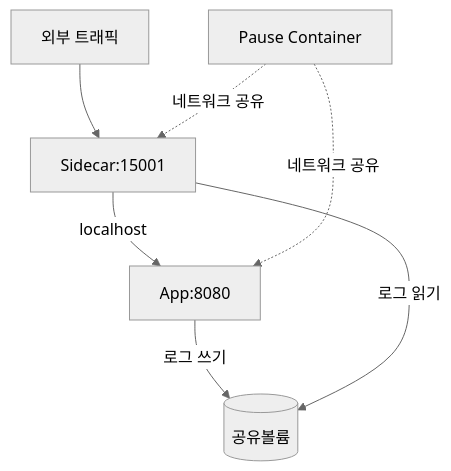
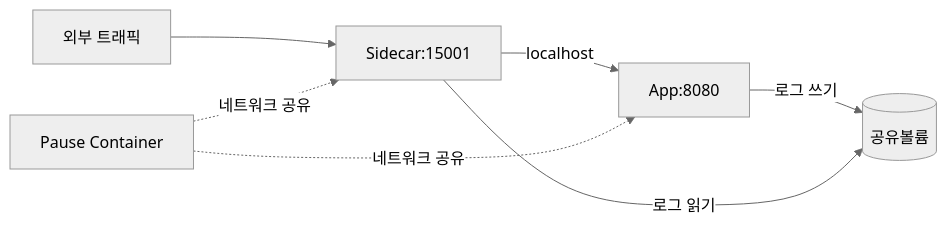
The first of 7 diagrams in _posts/architecture/2026-05-02-sidecar-pattern.md (yjkim2015/yjkim2015.github.io), drawn with Mermaid (neutral theme) before and after one commit. The commit also changed other lines of this file and 132 other files, not shown here.

First line of the commit message:
Mermaid 다이어그램 가독성 정리: 단순 제거, 노드 축소, TD→LR 변환

````diff
--- a/_posts/architecture/2026-05-02-sidecar-pattern.md
+++ b/_posts/architecture/2026-05-02-sidecar-pattern.md
@@ -56,9 +56,9 @@
 ```mermaid
-graph TB
+graph LR
     ExternalTraffic["외부 트래픽"] --> Sidecar["Sidecar:15001"]
     Sidecar -->|"localhost"| App["App:8080"]
     App -->|"로그 쓰기"| Vol[("공유볼륨")]
     Sidecar -->|"로그 읽기"| Vol
     Pause["Pause Container"] -.->|"네트워크 공유"| App
     Pause -.->|"네트워크 공유"| Sidecar
 ```
````
